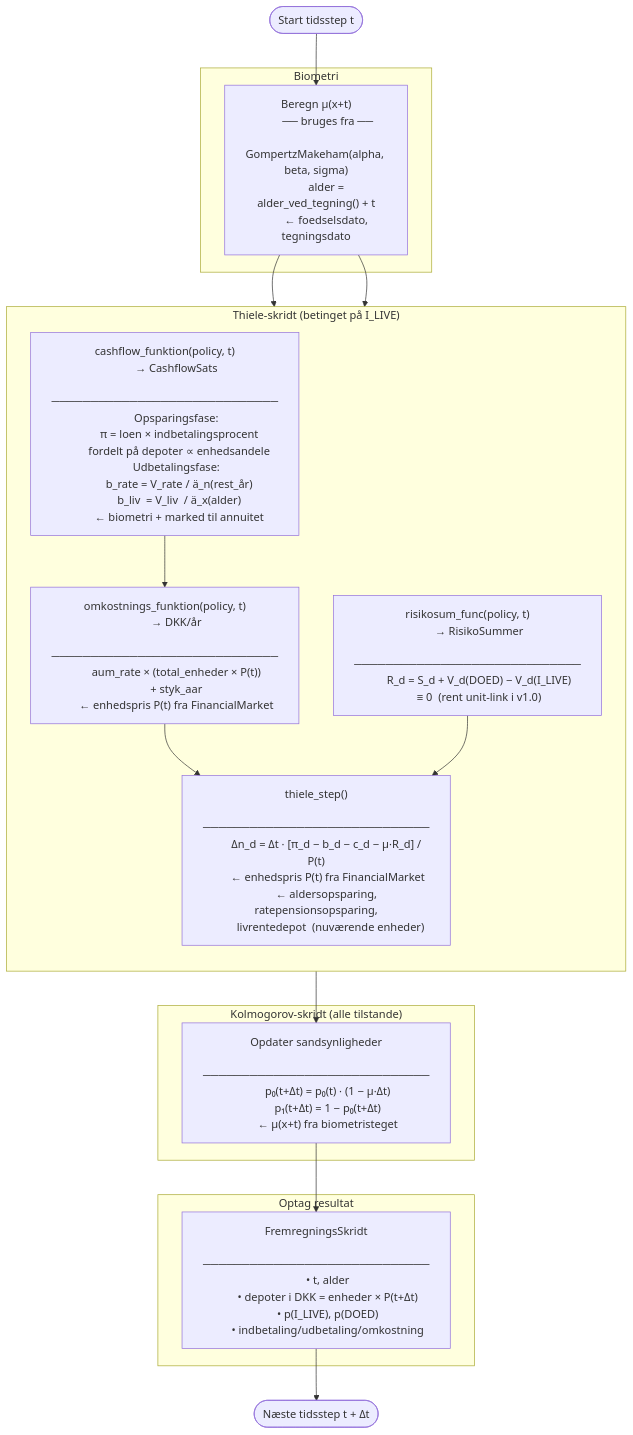
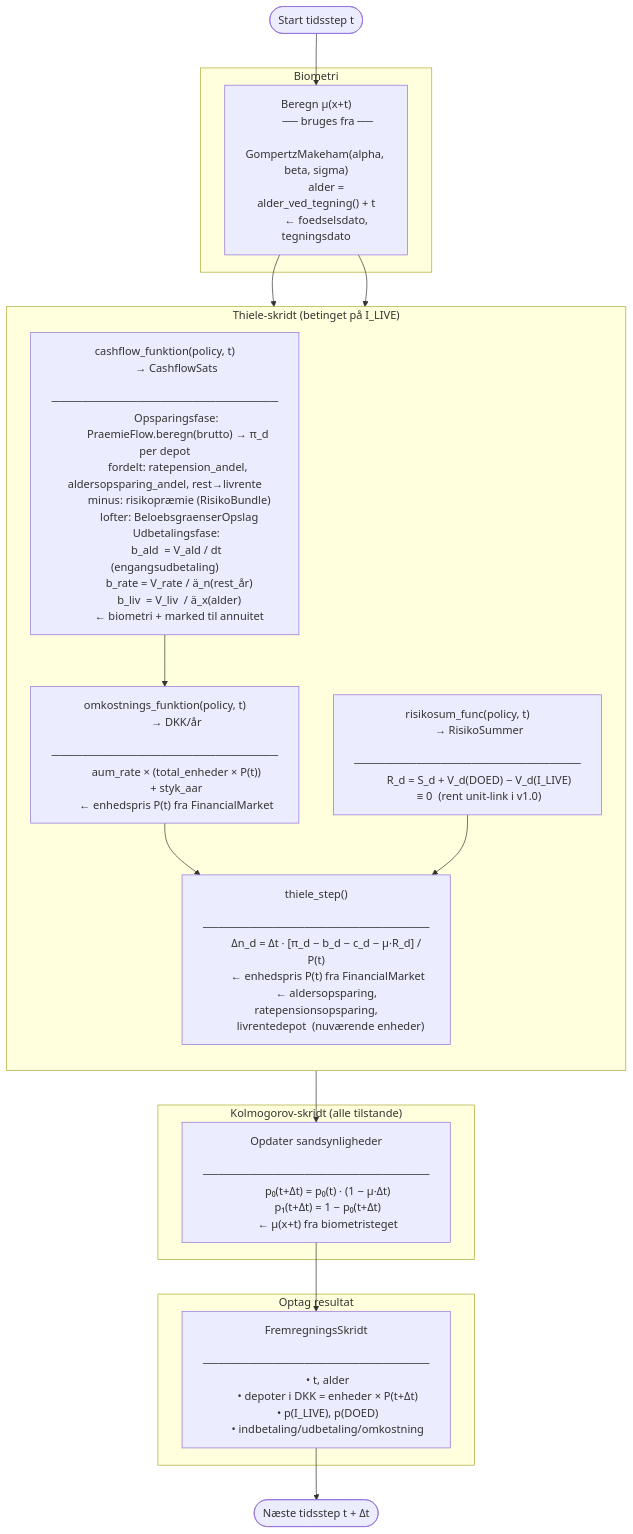
Before and after one commit to Alexlollike/Verd: the second of 2 diagrams in DOKUMENTATION.md, drawn with Mermaid. The commit also changed other lines of this file and 21 other files, not shown here.

````diff
--- a/DOKUMENTATION.md
+++ b/DOKUMENTATION.md
@@ -338,75 +512,78 @@
 ```mermaid
 flowchart TD
     START(["Start tidsstep t"])
 
     subgraph MU ["Biometri"]
         MU1["Beregn µ(x+t)
         ── bruges fra ──
         GompertzMakeham(alpha, beta, sigma)
         alder = alder_ved_tegning() + t
         ← foedselsdato, tegningsdato"]
     end
 
     subgraph THIELE ["Thiele-skridt  (betinget på I_LIVE)"]
         direction TB
         CF1["cashflow_funktion(policy, t)
         → CashflowSats
         ─────────────────────────────
         Opsparingsfase:
-          π = loen × indbetalingsprocent
-          fordelt på depoter ∝ enhedsandele
+          PraemieFlow.beregn(brutto) → π_d per depot
+          fordelt: ratepension_andel, aldersopsparing_andel, rest→livrente
+          minus: risikopræmie (RisikoBundle)
+          lofter: BeloebsgraenserOpslag
         Udbetalingsfase:
+          b_ald  = V_ald / dt  (engangsudbetaling)
           b_rate = V_rate / ä_n(rest_år)
           b_liv  = V_liv  / ä_x(alder)
           ← biometri + marked til annuitet"]
 
         OMK1["omkostnings_funktion(policy, t)
         → DKK/år
         ─────────────────────────────
         aum_rate × (total_enheder × P(t))
         + styk_aar
         ← enhedspris P(t) fra FinancialMarket"]
 
         RS1["risikosum_func(policy, t)
         → RisikoSummer
         ─────────────────────────────
         R_d = S_d + V_d(DOED) − V_d(I_LIVE)
         ≡ 0  (rent unit-link i v1.0)"]
 
         TH["thiele_step()
         ─────────────────────────────
         Δn_d = Δt · [π_d − b_d − c_d − µ·R_d] / P(t)
         ← enhedspris P(t) fra FinancialMarket
         ← aldersopsparing, ratepensionsopsparing,
           livrentedepot  (nuværende enheder)"]
     end
 
     subgraph KOLM ["Kolmogorov-skridt  (alle tilstande)"]
         KO["Opdater sandsynligheder
         ─────────────────────────────
         p₀(t+Δt) = p₀(t) · (1 − µ·Δt)
         p₁(t+Δt) = 1 − p₀(t+Δt)
         ← µ(x+t) fra biometristeget"]
     end
 
     subgraph REC ["Optag resultat"]
         REC1["FremregningsSkridt
         ─────────────────────────────
         • t, alder
         • depoter i DKK = enheder × P(t+Δt)
         • p(I_LIVE), p(DOED)
         • indbetaling/udbetaling/omkostning"]
     end
 
     SLUT(["Næste tidsstep t + Δt"])
 
     START --> MU1
     MU1 --> CF1
     MU1 --> RS1
     CF1 --> OMK1
     OMK1 --> TH
     RS1 --> TH
     TH --> KO
     KO --> REC1
     REC1 --> SLUT
 ```
````
